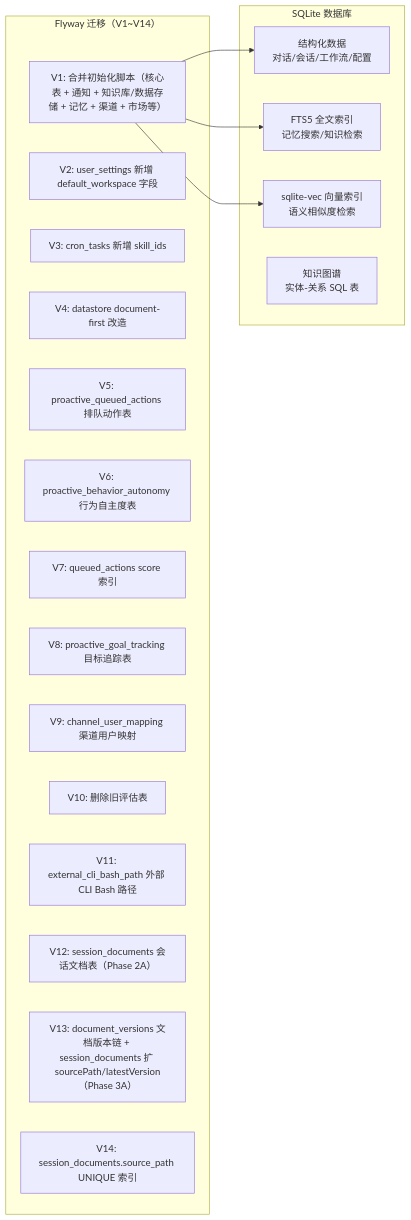
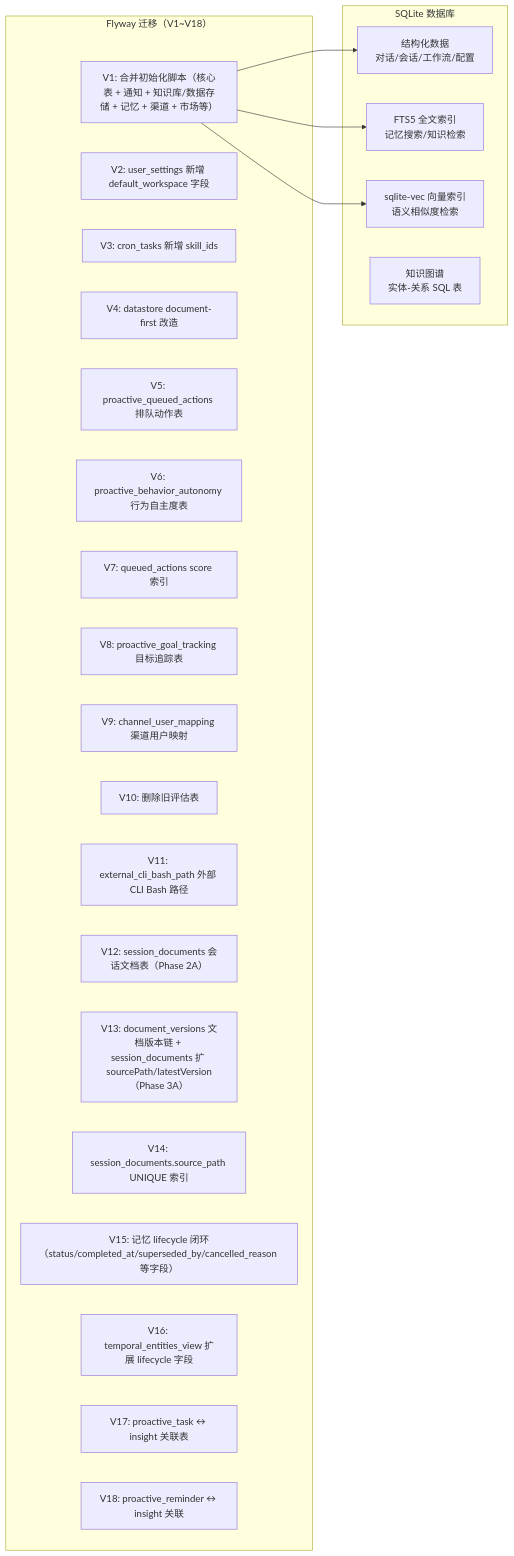
One commit to ntygod/LifePilot changed the third of 4 diagrams in docs/ARCHITECTURE.md. Above: the diagram before and after it, drawn with Mermaid. The commit also changed 4 other files, not shown here.

````diff
--- a/docs/ARCHITECTURE.md
+++ b/docs/ARCHITECTURE.md
@@ -185,30 +185,34 @@
 ```mermaid
 graph LR
     subgraph "SQLite 数据库"
         SQL["结构化数据<br/>对话/会话/工作流/配置"]
         FTS["FTS5 全文索引<br/>记忆搜索/知识检索"]
         VEC["sqlite-vec 向量索引<br/>语义相似度检索"]
         GRAPH["知识图谱<br/>实体-关系 SQL 表"]
     end
 
-    subgraph "Flyway 迁移（V1~V14）"
+    subgraph "Flyway 迁移（V1~V18）"
         V1["V1: 合并初始化脚本（核心表 + 通知 + 知识库/数据存储 + 记忆 + 渠道 + 市场等）"]
         V2["V2: user_settings 新增 default_workspace 字段"]
         V3["V3: cron_tasks 新增 skill_ids"]
         V4["V4: datastore document-first 改造"]
         V5["V5: proactive_queued_actions 排队动作表"]
         V6["V6: proactive_behavior_autonomy 行为自主度表"]
         V7["V7: queued_actions score 索引"]
         V8["V8: proactive_goal_tracking 目标追踪表"]
         V9["V9: channel_user_mapping 渠道用户映射"]
         V10["V10: 删除旧评估表"]
         V11["V11: external_cli_bash_path 外部 CLI Bash 路径"]
         V12["V12: session_documents 会话文档表（Phase 2A）"]
         V13["V13: document_versions 文档版本链 + session_documents 扩 sourcePath/latestVersion（Phase 3A）"]
         V14["V14: session_documents.source_path UNIQUE 索引"]
+        V15["V15: 记忆 lifecycle 闭环（status/completed_at/superseded_by/cancelled_reason 等字段）"]
+        V16["V16: temporal_entities_view 扩展 lifecycle 字段"]
+        V17["V17: proactive_task ↔ insight 关联表"]
+        V18["V18: proactive_reminder ↔ insight 关联"]
     end
 
     V1 --> SQL
     V1 --> FTS
     V1 --> VEC
 ```
````
